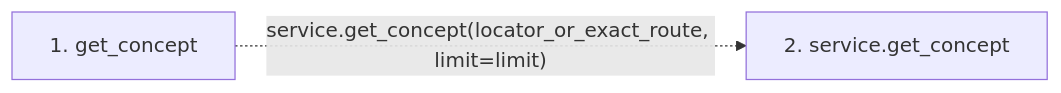
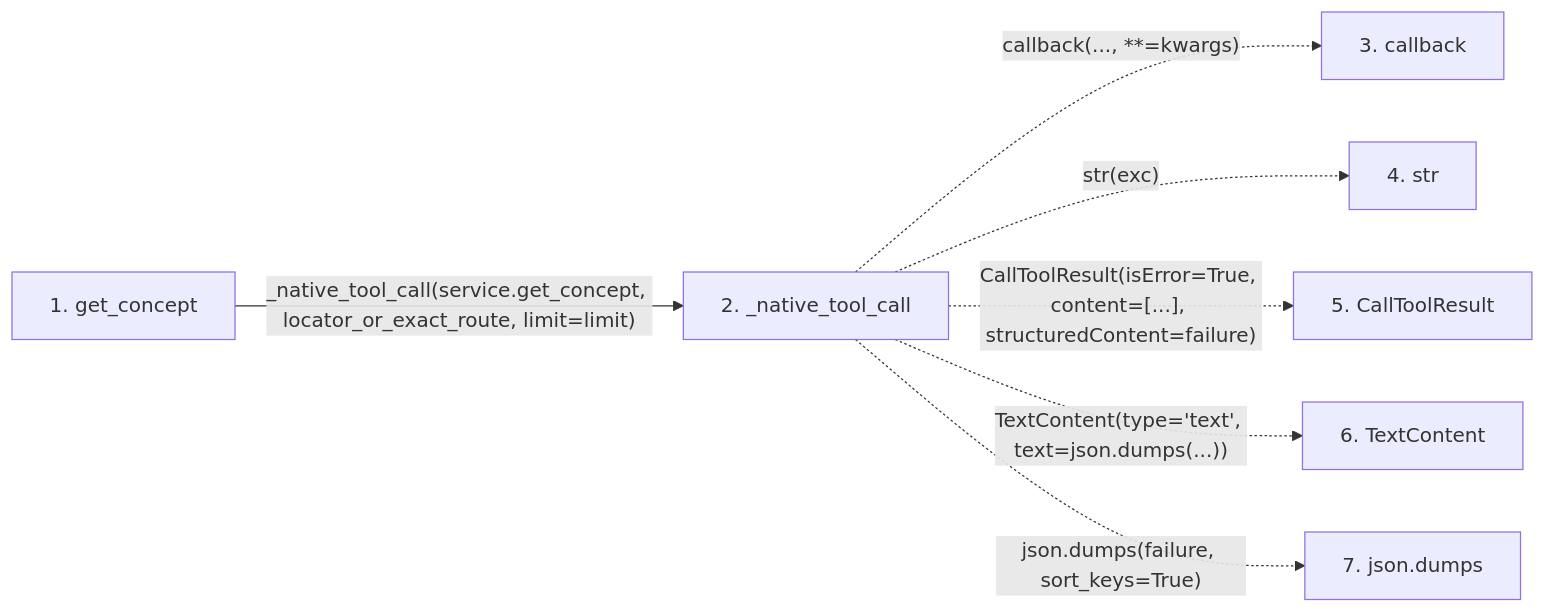
The second of 2 diagrams in docs/llm_wiki/flows/mcp-get_concept.md (Denissvgn/python-wiki-llm), drawn with Mermaid before and after one commit. The commit also changed other lines of this file and 398 other files, not shown here.

````diff
--- a/docs/llm_wiki/flows/mcp-get_concept.md
+++ b/docs/llm_wiki/flows/mcp-get_concept.md
@@ -20,7 +30,18 @@
 ```mermaid
 flowchart LR
     s1["1. get_concept"]
-    s2["2. service.get_concept"]
-    s1 -. "service.get_concept(locator_or_exact_route, limit=limit)" .-> s2
+    s2["2. _native_tool_call"]
+    s3["3. callback"]
+    s4["4. str"]
+    s5["5. CallToolResult"]
+    s6["6. TextContent"]
+    s7["7. json.dumps"]
+    s1 -->|"_native_tool_call(service.get_concept, locator_or_exact_route, limit=limit)"| s2
+    s2 -. "callback(..., **=kwargs)" .-> s3
+    s2 -. "str(exc)" .-> s4
+    s2 -. "CallToolResult(isError=True, content=[...], structuredContent=failure)" .-> s5
+    s2 -. "TextContent(type='text', text=json.dumps(...))" .-> s6
+    s2 -. "json.dumps(failure, sort_keys=True)" .-> s7
     click s1 "../modules/mcp_server.md"
+    click s2 "../modules/mcp_server.md"
 ```
````
